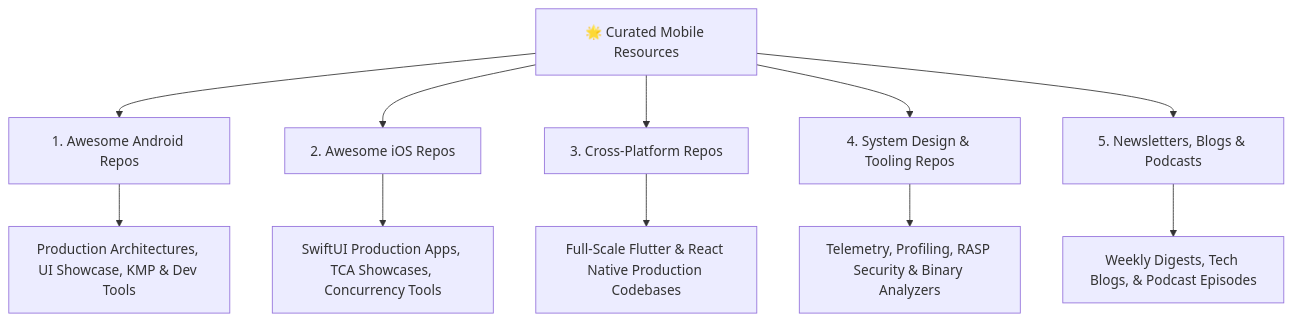
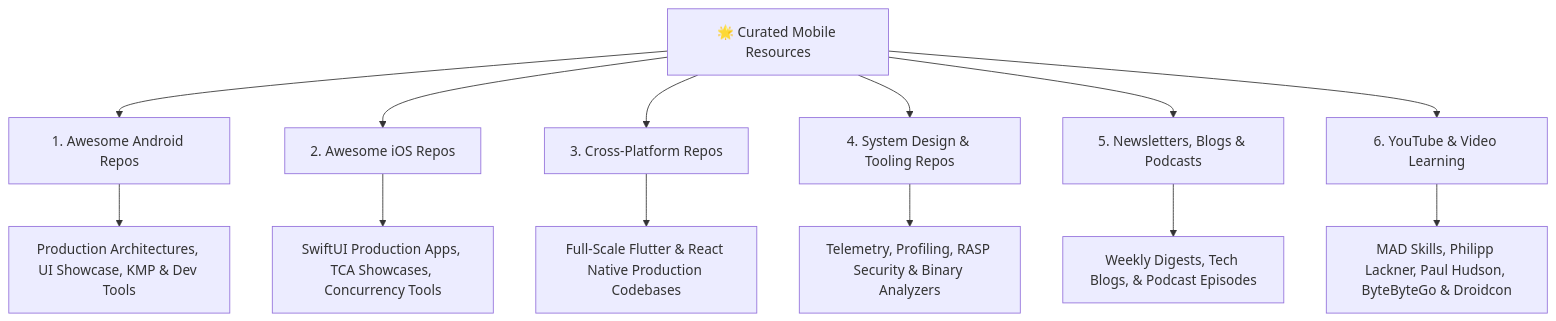
Before and after one commit to vennamprasad/awesome-mobile-interviews: the diagram in resources/README.md, drawn with Mermaid. The commit also changed other lines of this file and 2 other files, not shown here.

Commit message:
feat(resources): add curated YouTube channels and video learning directory

````diff
--- a/resources/README.md
+++ b/resources/README.md
@@ -11,14 +11,16 @@
 ```mermaid
 graph TD
     Res[🌟 Curated Mobile Resources] --> And[1. Awesome Android Repos]
     Res --> iOS[2. Awesome iOS Repos]
     Res --> Cross[3. Cross-Platform Repos]
     Res --> Tool[4. System Design & Tooling Repos]
     Res --> Comm[5. Newsletters, Blogs & Podcasts]
+    Res --> YT[6. YouTube & Video Learning]
 
     And --> A1[Production Architectures, UI Showcase, KMP & Dev Tools]
     iOS --> I1[SwiftUI Production Apps, TCA Showcases, Concurrency Tools]
     Cross --> C1[Full-Scale Flutter & React Native Production Codebases]
     Tool --> T1[Telemetry, Profiling, RASP Security & Binary Analyzers]
     Comm --> M1[Weekly Digests, Tech Blogs, & Podcast Episodes]
+    YT --> Y1[MAD Skills, Philipp Lackner, Paul Hudson, ByteByteGo & Droidcon]
 ```
````
